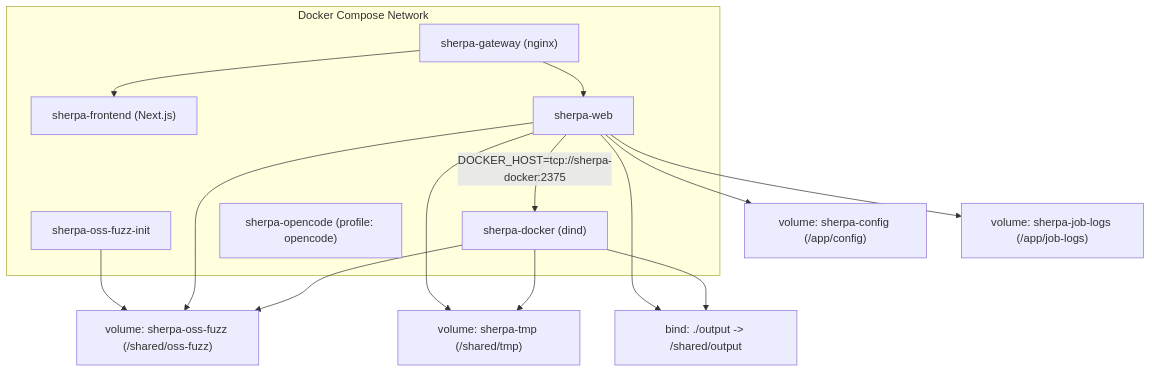
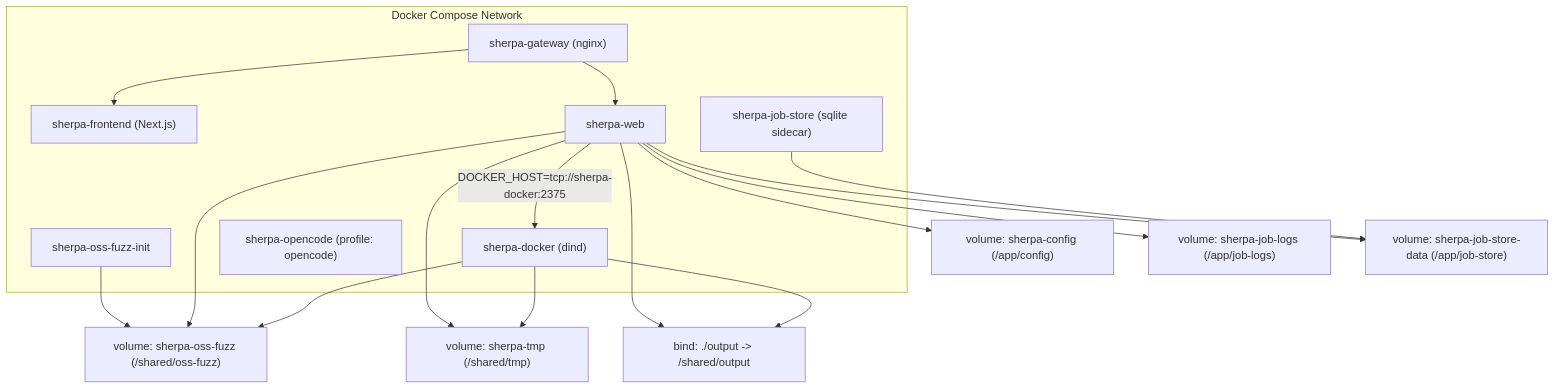
One commit to ZUENS2020/Sherpa changed the second of 12 diagrams in README.md. Above: the diagram before and after it, drawn with Mermaid. The commit also changed other lines of this file and 8 other files, not shown here.

````diff
--- a/README.md
+++ b/README.md
@@ -56,28 +57,31 @@
 ```mermaid
 flowchart TB
   subgraph NET["Docker Compose Network"]
     INIT["sherpa-oss-fuzz-init"]
     GW["sherpa-gateway (nginx)"]
     FE["sherpa-frontend (Next.js)"]
     WEB["sherpa-web"]
+    STORE["sherpa-job-store (sqlite sidecar)"]
     DIND["sherpa-docker (dind)"]
     OC["sherpa-opencode (profile: opencode)"]
   end
 
   INIT --> OSS["volume: sherpa-oss-fuzz (/shared/oss-fuzz)"]
   WEB --> OSS
   DIND --> OSS
 
   WEB --> TMP["volume: sherpa-tmp (/shared/tmp)"]
   DIND --> TMP
 
   WEB --> OUT["bind: ./output -> /shared/output"]
   DIND --> OUT
 
   WEB --> CFG["volume: sherpa-config (/app/config)"]
   WEB --> JLOG["volume: sherpa-job-logs (/app/job-logs)"]
+  WEB --> JDB["volume: sherpa-job-store-data (/app/job-store)"]
+  STORE --> JDB
 
   WEB -->|"DOCKER_HOST=tcp://sherpa-docker:2375"| DIND
   GW --> FE
   GW --> WEB
 ```
````
